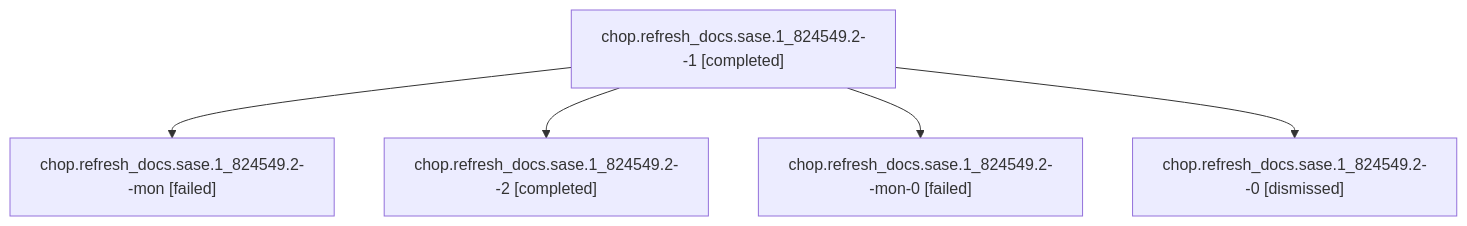
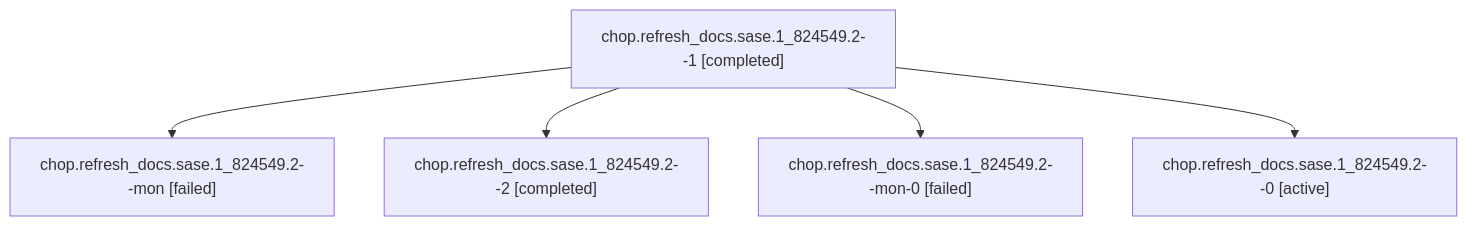
Before and after one commit to sase-org/sase--agents: the diagram in families/bbugyi200.athena.chop.refresh_docs.sase.1_824549.2.md, drawn with Mermaid. The commit also changed other lines of this file and 207 other files, not shown here.

````diff
--- a/families/bbugyi200.athena.chop.refresh_docs.sase.1_824549.2.md
+++ b/families/bbugyi200.athena.chop.refresh_docs.sase.1_824549.2.md
@@ -9,12 +9,12 @@
 ```mermaid
 flowchart TD
   n0["chop.refresh_docs.sase.1_824549.2--1 [completed]"]
   n1["chop.refresh_docs.sase.1_824549.2--mon [failed]"]
   n0 --> n1
   n2["chop.refresh_docs.sase.1_824549.2--2 [completed]"]
   n0 --> n2
   n3["chop.refresh_docs.sase.1_824549.2--mon-0 [failed]"]
   n0 --> n3
-  n4["chop.refresh_docs.sase.1_824549.2--0 [dismissed]"]
+  n4["chop.refresh_docs.sase.1_824549.2--0 [active]"]
   n0 --> n4
 ```
````
